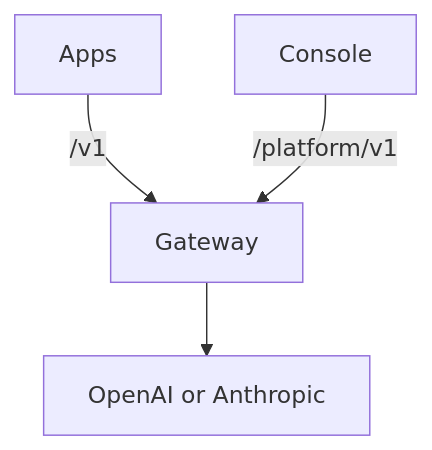
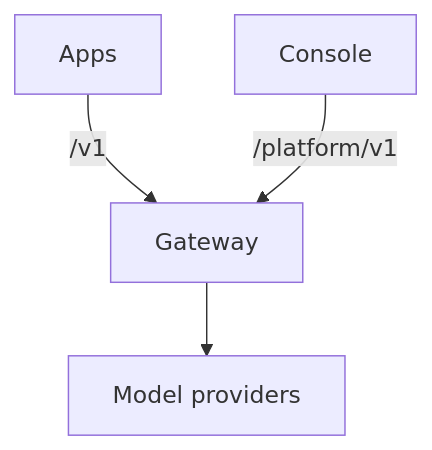
One commit to logicplanes/kaeso changed the diagram in apps/docs/content/en/index.md. Above: the diagram before and after it, drawn with Mermaid. The commit also changed other lines of this file and 119 other files, not shown here.

````diff
--- a/apps/docs/content/en/index.md
+++ b/apps/docs/content/en/index.md
@@ -49,8 +49,8 @@
 ```mermaid
 flowchart TD
   accTitle: How the parts fit
-  accDescr: Apps call the gateway on /v1 and the console calls it on /platform/v1; the gateway calls OpenAI or Anthropic.
+  accDescr: Apps call the gateway on /v1 and the console calls it on /platform/v1; the gateway calls the model providers.
   apps[Apps] -- /v1 --> gateway[Gateway]
   console[Console] -- /platform/v1 --> gateway
-  gateway --> providers[OpenAI or Anthropic]
+  gateway --> providers[Model providers]
 ```
````
